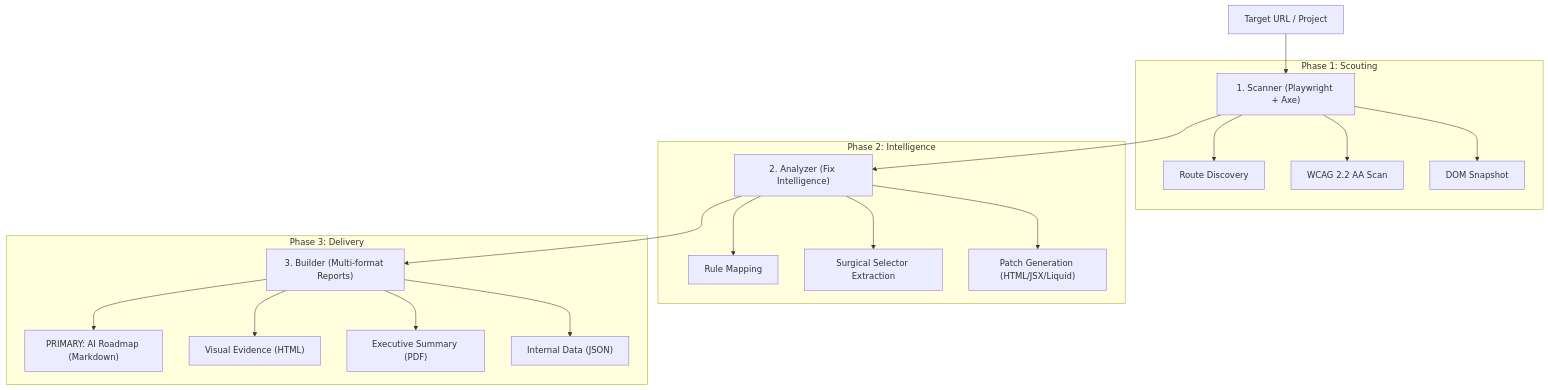
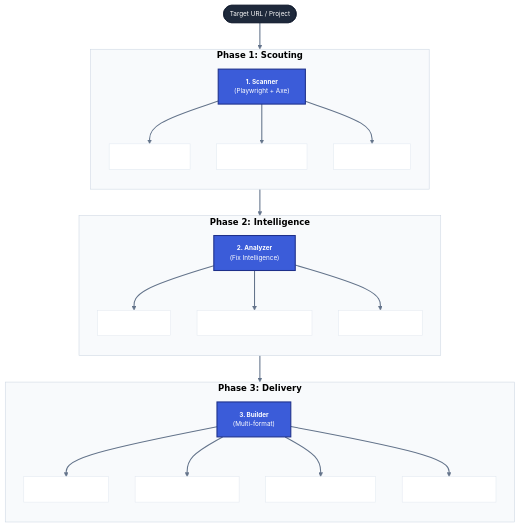
One commit to diegovelasquezweb/a11y-skill changed the first of 2 diagrams in docs/architecture.md. Above: the diagram before and after it, drawn with Mermaid. The commit also changed other lines of this file, not shown here.

Commit message:
docs: update architecture diagrams with custom themes, enhanced styling, and clearer labels.

````diff
--- a/docs/architecture.md
+++ b/docs/architecture.md
@@ -17,30 +17,45 @@
 ```mermaid
-graph TD
-    A["Target URL / Project"]
-
-    subgraph P1["Phase 1: Scouting"]
-        B["1. Scanner (Playwright + Axe)"]
-        B --> B1["Route Discovery"]
-        B --> B2["WCAG 2.2 AA Scan"]
-        B --> B3["DOM Snapshot"]
+%%{init: { 'theme': 'base', 'themeVariables': { 'primaryColor': '#3b5cd9', 'primaryTextColor': '#fff', 'primaryBorderColor': '#1e308a', 'lineColor': '#64748b', 'secondaryColor': '#f1f5f9', 'tertiaryColor': '#fff', 'mainBkg': '#fff', 'nodeBorder': '#e2e8f0', 'clusterBkg': '#f8fafc', 'clusterBorder': '#cbd5e1' } } }%%
+flowchart TD
+    subgraph P1 ["Phase 1: Scouting"]
+        direction TB
+        B["<b>1. Scanner</b><br/>(Playwright + Axe)"]
+        B1["Route Discovery"]
+        B2["WCAG 2.2 AA Scan"]
+        B3["DOM Snapshot"]
+        B --> B1 & B2 & B3
     end
 
-    subgraph P2["Phase 2: Intelligence"]
-        C["2. Analyzer (Fix Intelligence)"]
-        C --> C1["Rule Mapping"]
-        C --> C2["Surgical Selector Extraction"]
-        C --> C3["Patch Generation (HTML/JSX/Liquid)"]
+    subgraph P2 ["Phase 2: Intelligence"]
+        direction TB
+        C["<b>2. Analyzer</b><br/>(Fix Intelligence)"]
+        C1["Rule Mapping"]
+        C2["Surgical Selector Extraction"]
+        C3["Patch Generation"]
+        C --> C1 & C2 & C3
     end
 
-    subgraph P3["Phase 3: Delivery"]
-        D["3. Builder (Multi-format Reports)"]
-        D --> D1["PRIMARY: AI Roadmap (Markdown)"]
-        D --> D2["Visual Evidence (HTML)"]
-        D --> D3["Executive Summary (PDF)"]
-        D --> D4["Internal Data (JSON)"]
+    subgraph P3 ["Phase 3: Delivery"]
+        direction TB
+        D["<b>3. Builder</b><br/>(Multi-format)"]
+        D1["AI Roadmap (MD)"]
+        D2["Visual Evidence (HTML)"]
+        D3["Executive Summary (PDF)"]
+        D4["Internal Data (JSON)"]
+        D --> D1 & D2 & D3 & D4
     end
 
-    A --> B
-    B --> C
-    C --> D
+    A(["Target URL / Project"]) --> P1
+    P1 --> P2
+    P2 --> P3
+
+    linkStyle default stroke:#64748b,stroke-width:2px;
+    classDef default font-family:Inter,sans-serif,font-size:12px;
+    classDef phase font-weight:bold,fill:#f8fafc,stroke:#cbd5e1;
+    classDef core fill:#3b5cd9,color:#fff,stroke:#1e308a,stroke-width:2px;
+    classDef target fill:#1e293b,color:#fff,stroke:#0f172a;
+
+    class P1,P2,P3 phase;
+    class B,C,D core;
+    class A target;
 ```
````
